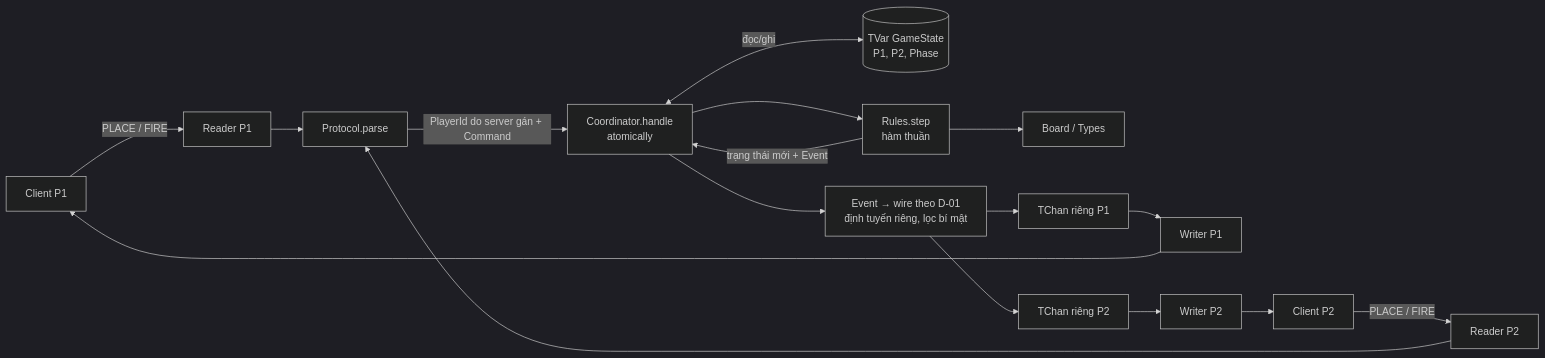
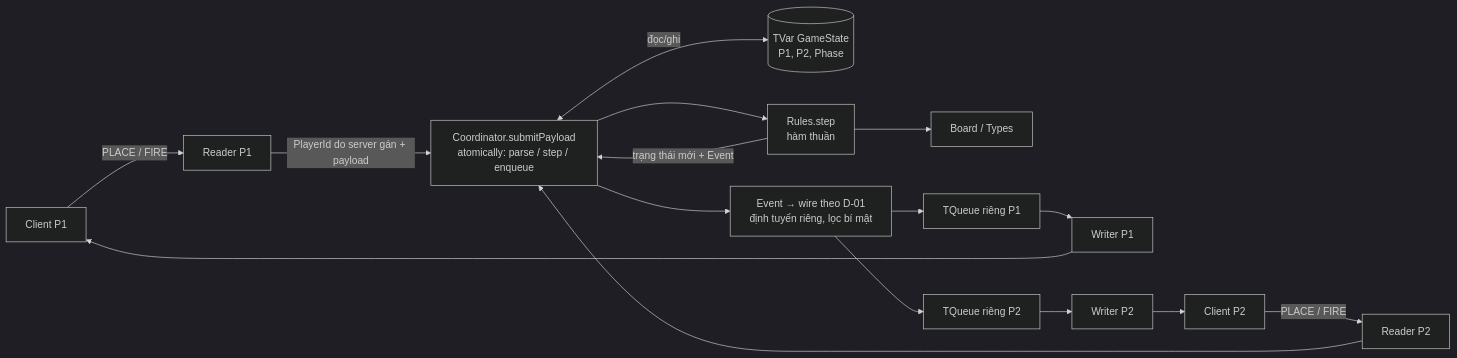
One commit to MinhLight2406/BattleShip_Haskell changed the diagram in docs/architecture.md. Above: the diagram before and after it, drawn with Mermaid (dark theme). The commit also changed other lines of this file and 61 other files, not shown here.

````diff
--- a/docs/architecture.md
+++ b/docs/architecture.md
@@ -31,17 +53,16 @@
 ```mermaid
 flowchart LR
     P1["Client P1"] -->|"PLACE / FIRE"| N1["Reader P1"]
     P2["Client P2"] -->|"PLACE / FIRE"| N2["Reader P2"]
-    N1 --> PARSE["Protocol.parse"]
-    N2 --> PARSE
-    PARSE -->|"PlayerId do server gán + Command"| CO["Coordinator.handle<br/>atomically"]
+    N1 -->|"PlayerId do server gán + payload"| CO["Coordinator.submitPayload<br/>atomically: parse / step / enqueue"]
+    N2 --> CO
     CO <-->|"đọc/ghi"| GS[("TVar GameState<br/>P1, P2, Phase")]
     CO --> STEP["Rules.step<br/>hàm thuần"]
     STEP --> BOARD["Board / Types"]
     STEP -->|"trạng thái mới + Event"| CO
     CO --> ROUTE["Event → wire theo D-01<br/>định tuyến riêng, lọc bí mật"]
-    ROUTE --> Q1["TChan riêng P1"]
-    ROUTE --> Q2["TChan riêng P2"]
+    ROUTE --> Q1["TQueue riêng P1"]
+    ROUTE --> Q2["TQueue riêng P2"]
     Q1 --> W1["Writer P1"] --> P1
     Q2 --> W2["Writer P2"] --> P2
 ```
````
